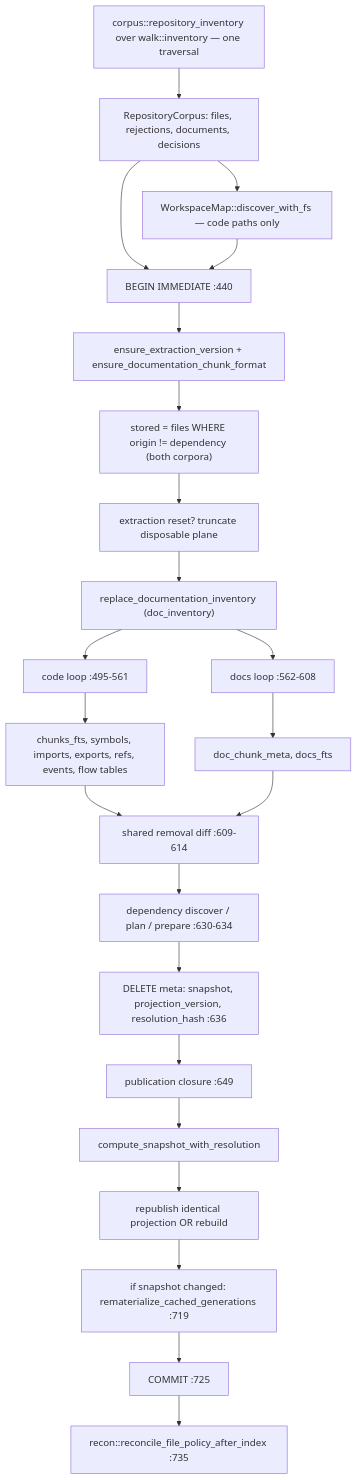
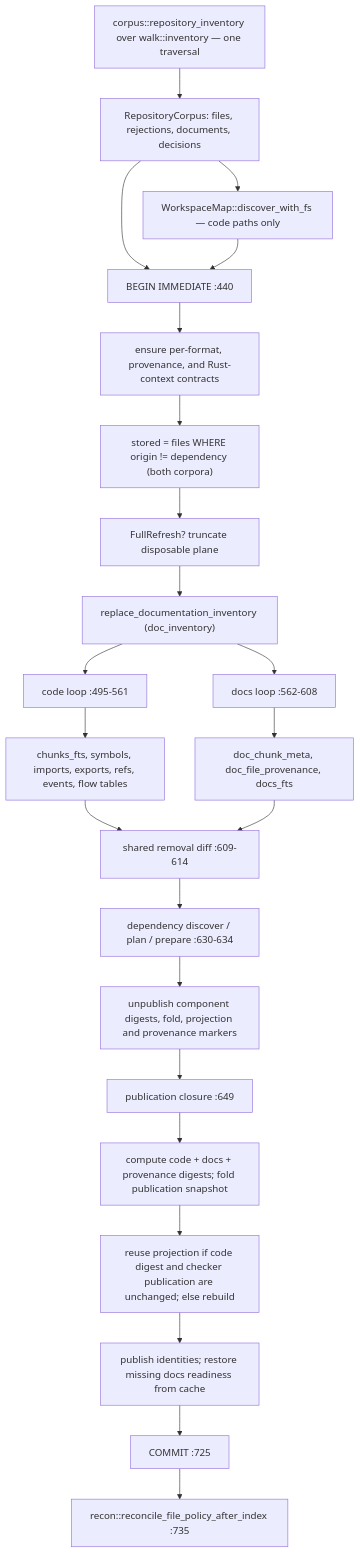
One commit to iantocristian/jscout changed the first of 2 diagrams in docs/codebase-analysis/05-indexing-pipeline.md. Above: the diagram before and after it, drawn with Mermaid. The commit also changed other lines of this file and 10 other files, not shown here.

Commit message:
docs: refresh architecture analysis for plane identities

````diff
--- a/docs/codebase-analysis/05-indexing-pipeline.md
+++ b/docs/codebase-analysis/05-indexing-pipeline.md
@@ -47,25 +47,25 @@
 ```mermaid
 flowchart TD
   SCAN["corpus::repository_inventory over walk::inventory — one traversal"] --> INV["RepositoryCorpus: files, rejections, documents, decisions"]
   INV --> WS["WorkspaceMap::discover_with_fs — code paths only"]
   INV --> BEGIN["BEGIN IMMEDIATE :440"]
   WS --> BEGIN
-  BEGIN --> CLOCKS["ensure_extraction_version + ensure_documentation_chunk_format"]
+  BEGIN --> CLOCKS["ensure per-format, provenance, and Rust-context contracts"]
   CLOCKS --> STORED["stored = files WHERE origin != dependency (both corpora)"]
-  STORED --> RESET["extraction reset? truncate disposable plane"]
+  STORED --> RESET["FullRefresh? truncate disposable plane"]
   RESET --> DOCINV["replace_documentation_inventory (doc_inventory)"]
   DOCINV --> CODE["code loop :495-561"]
   DOCINV --> DOCS["docs loop :562-608"]
   CODE --> CFAN["chunks_fts, symbols, imports, exports, refs, events, flow tables"]
-  DOCS --> DFAN["doc_chunk_meta, docs_fts"]
+  DOCS --> DFAN["doc_chunk_meta, doc_file_provenance, docs_fts"]
   CFAN --> REMOVE["shared removal diff :609-614"]
   DFAN --> REMOVE
   REMOVE --> DEP["dependency discover / plan / prepare :630-634"]
-  DEP --> DELM["DELETE meta: snapshot, projection_version, resolution_hash :636"]
+  DEP --> DELM["unpublish component digests, fold, projection and provenance markers"]
   DELM --> PUB["publication closure :649"]
-  PUB --> SNAP["compute_snapshot_with_resolution"]
-  SNAP --> PROJ["republish identical projection OR rebuild"]
-  PROJ --> REMAT["if snapshot changed: rematerialize_cached_generations :719"]
+  PUB --> SNAP["compute code + docs + provenance digests; fold publication snapshot"]
+  SNAP --> PROJ["reuse projection if code digest and checker publication are unchanged; else rebuild"]
+  PROJ --> REMAT["publish identities; restore missing docs readiness from cache"]
   REMAT --> COMMIT["COMMIT :725"]
   COMMIT --> RECON["recon::reconcile_file_policy_after_index :735"]
 ```
````
